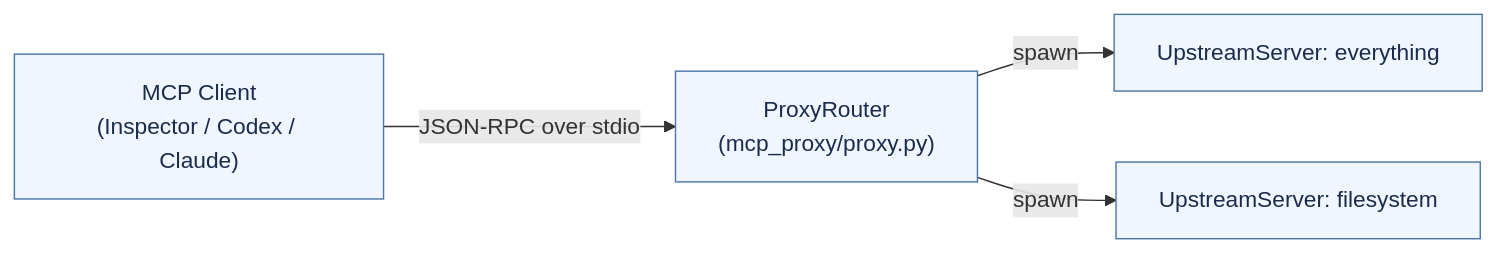
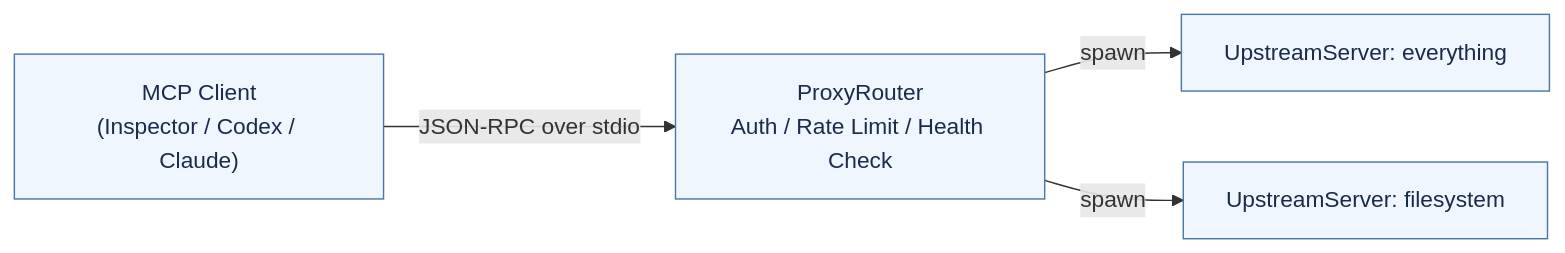
The first of 2 diagrams in docs/guides/architecture_overview.md (ttbbbb2019-alt/MCP-PROXY), drawn with Mermaid before and after one commit. The commit also changed other lines of this file and 7 other files, not shown here.

````diff
--- a/docs/guides/architecture_overview.md
+++ b/docs/guides/architecture_overview.md
@@ -5,9 +17,10 @@
 ```mermaid
 flowchart LR
     Client["MCP Client<br/>(Inspector / Codex / Claude)"]
     -->|JSON-RPC over stdio| ProxyRouter
-    ProxyRouter["ProxyRouter<br/>(mcp_proxy/proxy.py)"] -->|spawn| UpEverything["UpstreamServer: everything"]
+    ProxyRouter["ProxyRouter<br/>Auth / Rate Limit / Health Check"]
+    -->|spawn| UpEverything["UpstreamServer: everything"]
     ProxyRouter -->|spawn| UpFilesystem["UpstreamServer: filesystem"]
     classDef node fill:#f0f6ff,stroke:#4a76a8,color:#1a2b4c;
-class Client,ProxyRouter,UpEverything,UpFilesystem node;
+    class Client,ProxyRouter,UpEverything,UpFilesystem node;
 ```
````
